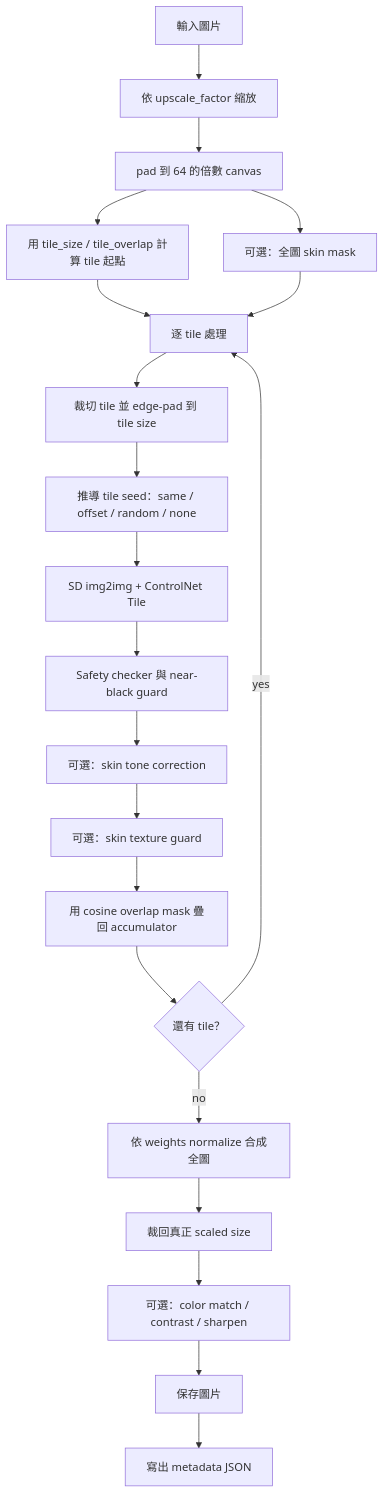
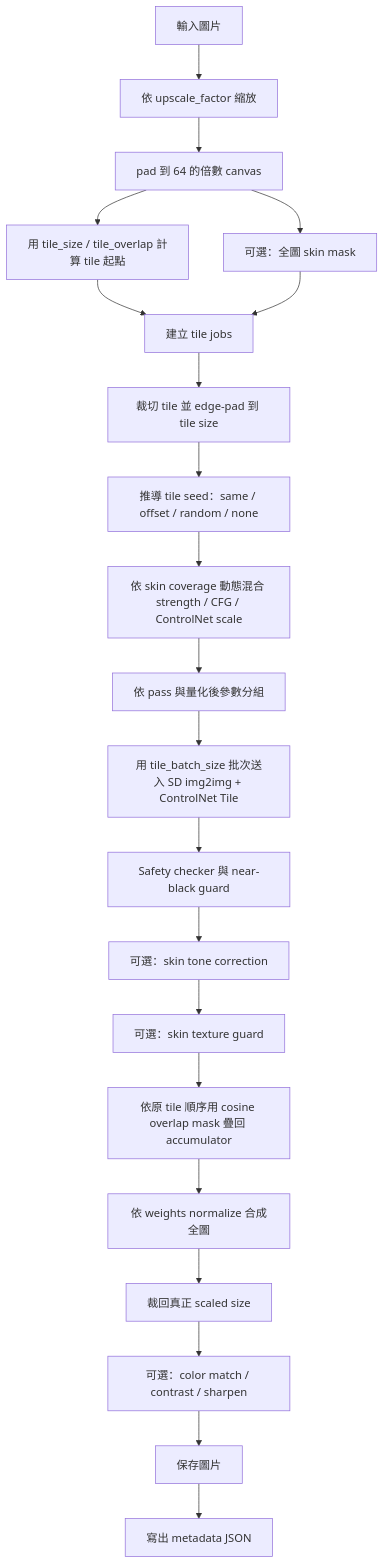
Before and after one commit to koji05303/sd_restoration: the second of 3 diagrams in README.md, drawn with Mermaid. The commit also changed other lines of this file and 6 other files, not shown here.

First line of the commit message:
feat: add tile batch processing for enhanced image generation

````diff
--- a/README.md
+++ b/README.md
@@ -138,24 +138,24 @@
 ```mermaid
 flowchart TD
     Input["輸入圖片"] --> Resize["依 upscale_factor 縮放"]
     Resize --> Pad["pad 到 64 的倍數 canvas"]
     Pad --> TilePlan["用 tile_size / tile_overlap 計算 tile 起點"]
     Pad --> SkinMask["可選：全圖 skin mask"]
 
-    TilePlan --> Loop["逐 tile 處理"]
-    SkinMask --> Loop
-    Loop --> Crop["裁切 tile 並 edge-pad 到 tile size"]
+    TilePlan --> Jobs["建立 tile jobs"]
+    SkinMask --> Jobs
+    Jobs --> Crop["裁切 tile 並 edge-pad 到 tile size"]
     Crop --> Seed["推導 tile seed：same / offset / random / none"]
-    Seed --> Generate["SD img2img + ControlNet Tile"]
-    Generate --> Safety["Safety checker 與 near-black guard"]
+    Seed --> Params["依 skin coverage 動態混合 strength / CFG / ControlNet scale"]
+    Params --> Groups["依 pass 與量化後參數分組"]
+    Groups --> Batch["用 tile_batch_size 批次送入 SD img2img + ControlNet Tile"]
+    Batch --> Safety["Safety checker 與 near-black guard"]
     Safety --> SkinTone["可選：skin tone correction"]
     SkinTone --> TextureGuard["可選：skin texture guard"]
-    TextureGuard --> Blend["用 cosine overlap mask 疊回 accumulator"]
-    Blend --> MoreTiles{"還有 tile？"}
-    MoreTiles -->|yes| Loop
-    MoreTiles -->|no| Composite["依 weights normalize 合成全圖"]
+    TextureGuard --> Blend["依原 tile 順序用 cosine overlap mask 疊回 accumulator"]
+    Blend --> Composite["依 weights normalize 合成全圖"]
     Composite --> CropFinal["裁回真正 scaled size"]
     CropFinal --> Post["可選：color match / contrast / sharpen"]
     Post --> Save["保存圖片"]
     Save --> Sidecar["寫出 metadata JSON"]
 ```
````
